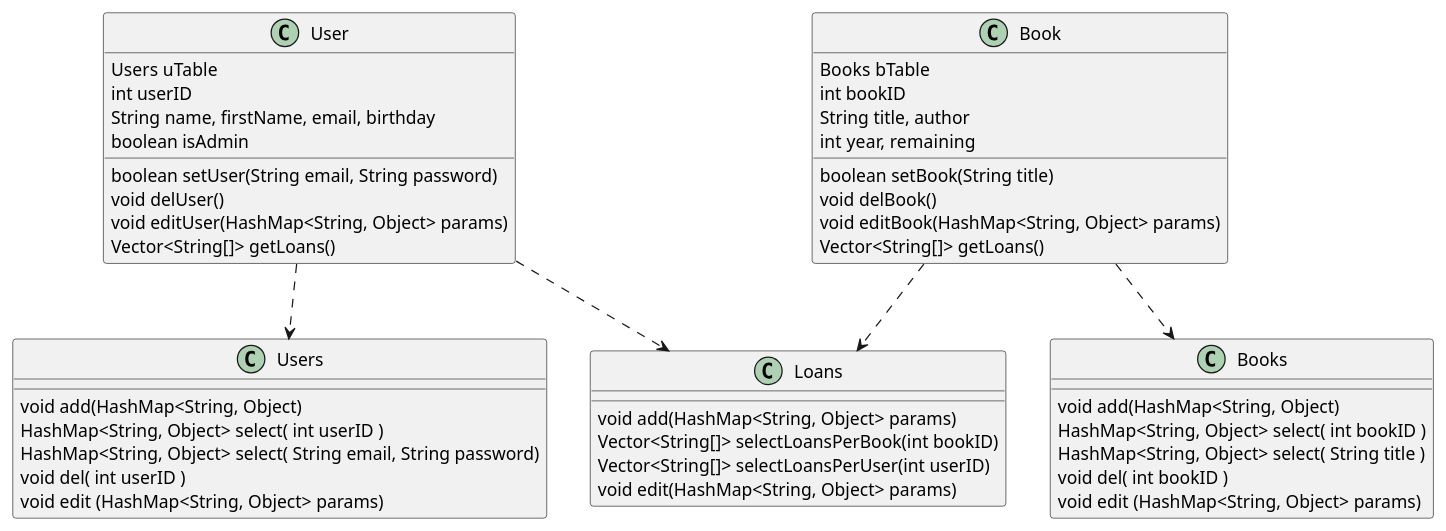
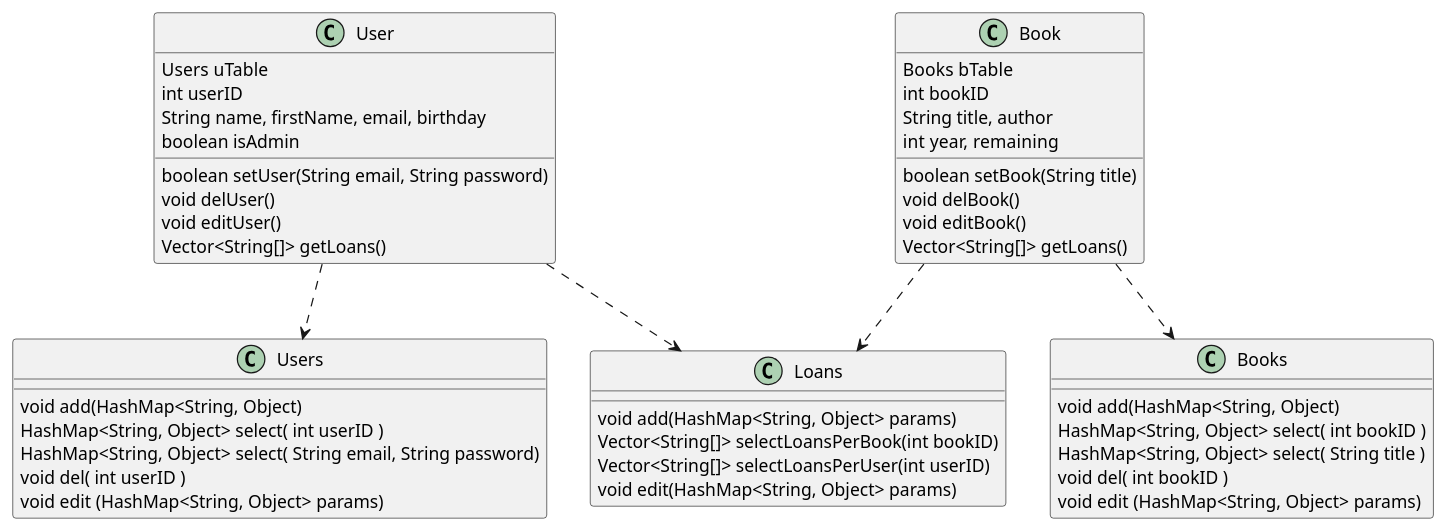
One commit to DiorAdam/LibraryManager changed the diagram in Modelisation/BackAPI.puml. Above: the diagram before and after it, drawn with PlantUML. The commit also changed 2 other files, not shown here.

```diff
--- a/Modelisation/BackAPI.puml
+++ b/Modelisation/BackAPI.puml
@@ -1,54 +1,54 @@
 @startuml
 
 class Users{
     void add(HashMap<String, Object)
     HashMap<String, Object> select( int userID )
     HashMap<String, Object> select( String email, String password)
     void del( int userID )
     void edit (HashMap<String, Object> params)
 }
 
 
 class User{
     Users uTable
     int userID
     String name, firstName, email, birthday
     boolean isAdmin
     boolean setUser(String email, String password)
     void delUser()
-    void editUser(HashMap<String, Object> params)
+    void editUser()
     Vector<String[]> getLoans()
 }
 User ..> Users
 User ..> Loans
 
 class Books{
     void add(HashMap<String, Object)
     HashMap<String, Object> select( int bookID )
     HashMap<String, Object> select( String title )
     void del( int bookID )
     void edit (HashMap<String, Object> params)
 }
 
 class Book{
     Books bTable
     int bookID
     String title, author
     int year, remaining
     boolean setBook(String title)
     void delBook()
-    void editBook(HashMap<String, Object> params)
+    void editBook()
     Vector<String[]> getLoans()
 }
 Book ..> Books
 Book ..> Loans
 
 class Loans{
     void add(HashMap<String, Object> params)
     Vector<String[]> selectLoansPerBook(int bookID)
     Vector<String[]> selectLoansPerUser(int userID)
     void edit(HashMap<String, Object> params)
 }
 
 
 @enduml
```
